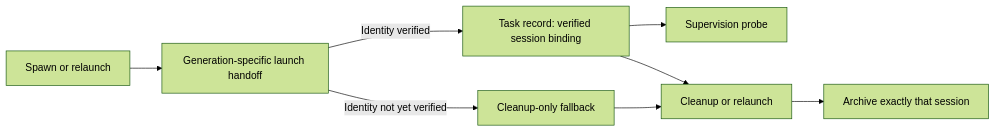
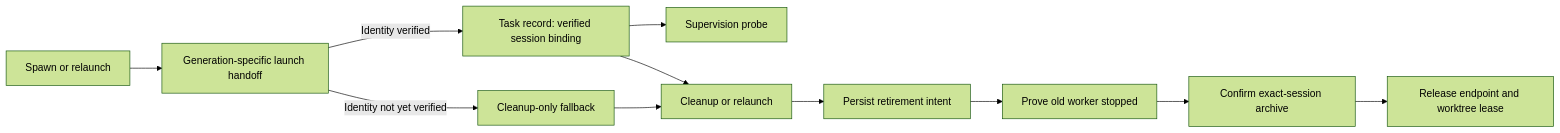
Before and after one commit to davidtandoh/firstmate: the second of 5 diagrams in docs/omnigent.md, drawn with Mermaid (forest theme). The commit also changed other lines of this file and 7 other files, not shown here.

First line of the commit message:
omnigent: Prove stop before retiring sessions

````diff
--- a/docs/omnigent.md
+++ b/docs/omnigent.md
@@ -64,10 +64,13 @@
 ```mermaid
 flowchart LR
     launch[Spawn or relaunch] --> handoff[Generation-specific launch handoff]
     handoff -->|Identity verified| record[Task record: verified session binding]
     handoff -->|Identity not yet verified| fallback[Cleanup-only fallback]
     record --> watch[Supervision probe]
     record --> retire[Cleanup or relaunch]
     fallback --> retire
-    retire --> archive[Archive exactly that session]
+    retire --> intent[Persist retirement intent]
+    intent --> stop[Prove old worker stopped]
+    stop --> archive[Confirm exact-session archive]
+    archive --> release[Release endpoint and worktree lease]
 ```
````
